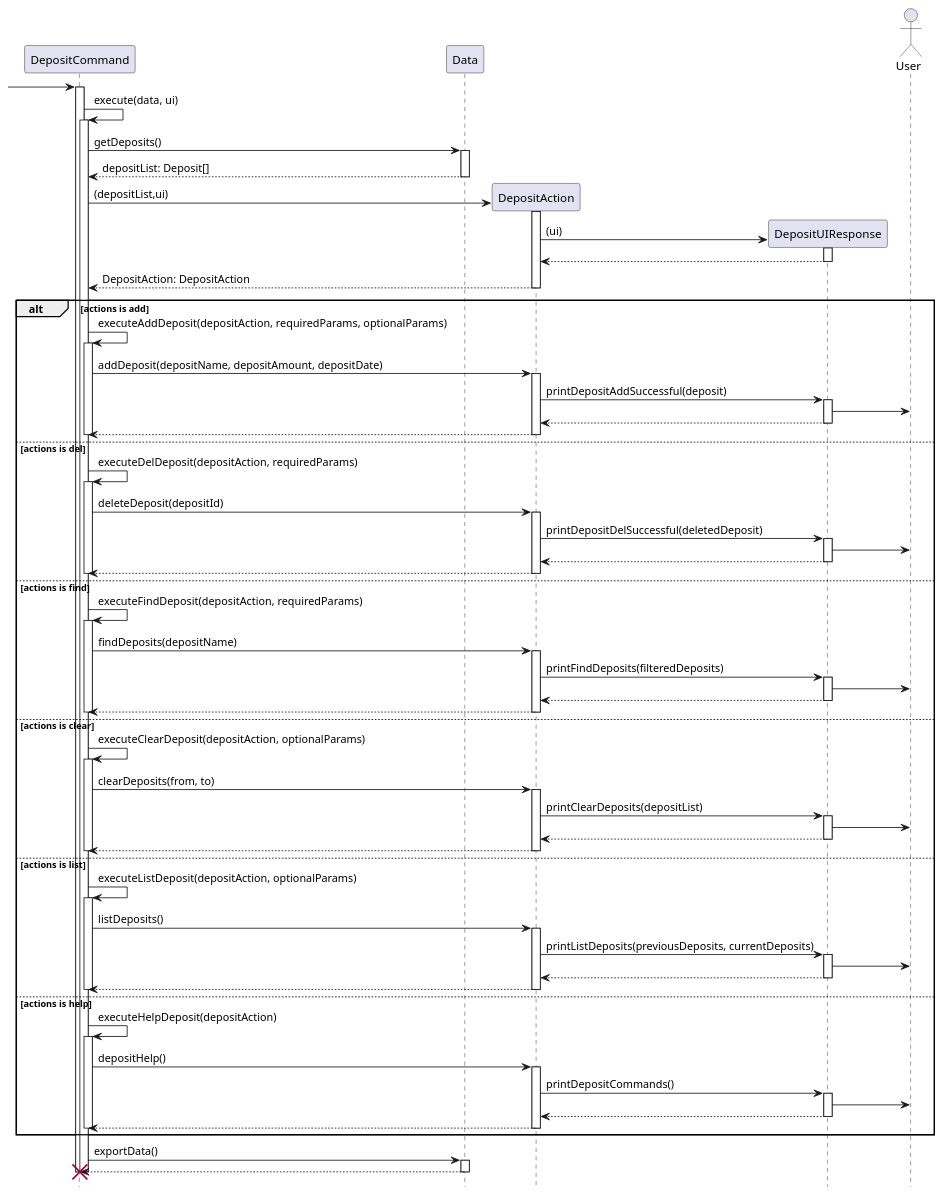
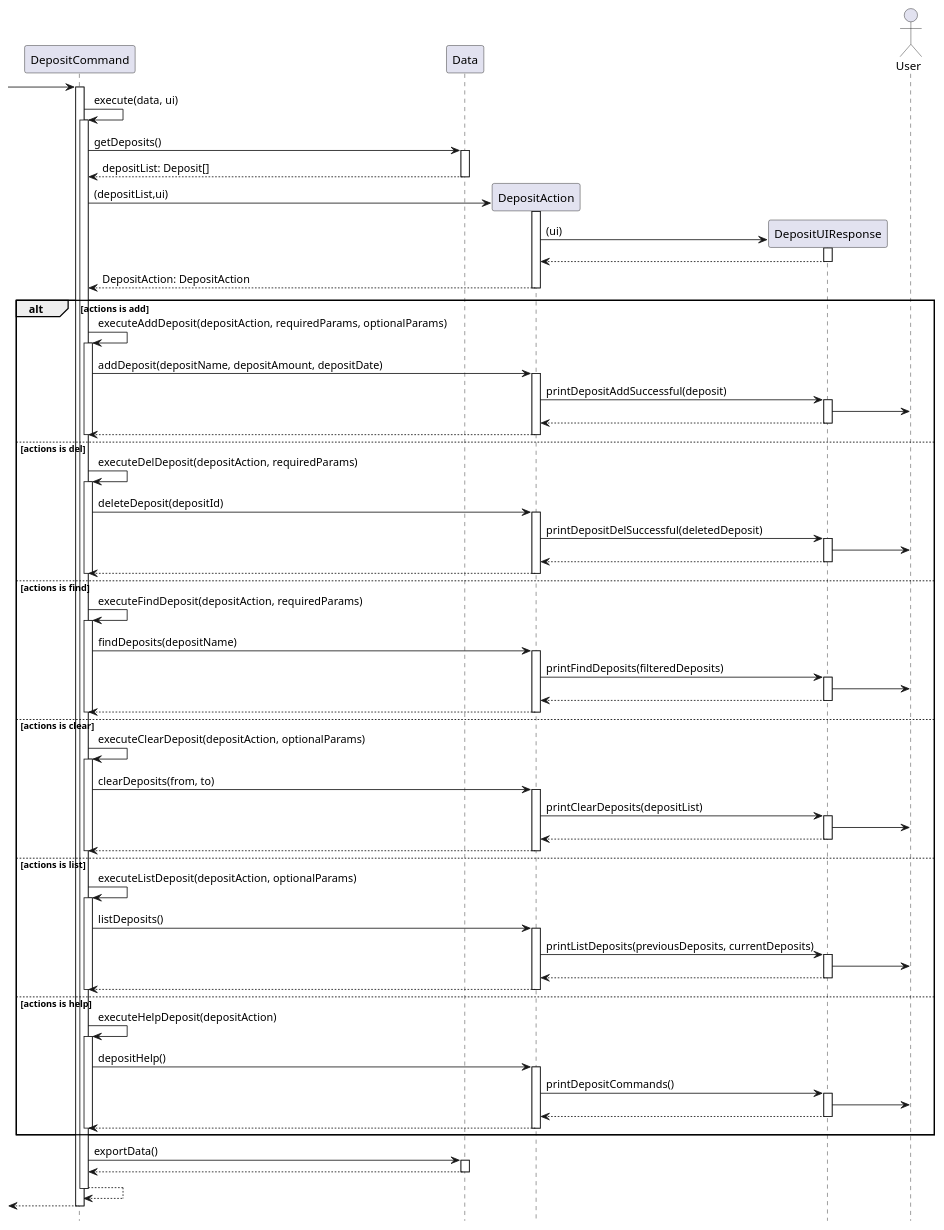
One commit to stephenkyang/tp changed the diagram in docs/diagrams/DepositCommandSequence.puml. Above: the diagram before and after it, drawn with PlantUML. The commit also changed 7 other files, not shown here.

Commit message:
fix sequence diagrams

```diff
--- a/docs/diagrams/DepositCommandSequence.puml
+++ b/docs/diagrams/DepositCommandSequence.puml
@@ -1,120 +1,123 @@
 @startuml
 
 hide footbox
 
 participant DepositCommand
 participant Data
 participant DepositAction
 participant DepositUIResponse
 actor User
 
  -> "DepositCommand":
 
 activate "DepositCommand"
 "DepositCommand" -> "DepositCommand": execute(data, ui)
 activate  "DepositCommand"
 "DepositCommand" -> "Data": getDeposits()
 activate "Data"
 return depositList: Deposit[]
 deactivate "Data"
 
 "DepositCommand" -> "DepositAction" ** : (depositList,ui)
 activate "DepositAction"
 
 "DepositAction" -> "DepositUIResponse" ** : (ui)
 activate "DepositUIResponse"
 "DepositUIResponse" --> "DepositAction"
 deactivate "DepositUIResponse"
 
 return DepositAction: DepositAction
 deactivate "DepositAction"
 
 
 alt actions is add
 "DepositCommand" -> "DepositCommand": executeAddDeposit(depositAction, requiredParams, optionalParams)
 activate "DepositCommand"
 "DepositCommand" -> "DepositAction" : addDeposit(depositName, depositAmount, depositDate)
 activate "DepositAction"
 "DepositAction" -> "DepositUIResponse" : printDepositAddSuccessful(deposit)
 activate "DepositUIResponse"
 "DepositUIResponse" -> User
 return
 return
 
 deactivate "DepositCommand"
 
 else actions is del
 "DepositCommand" -> "DepositCommand": executeDelDeposit(depositAction, requiredParams)
 activate "DepositCommand"
 "DepositCommand" -> "DepositAction" : deleteDeposit(depositId)
 activate "DepositAction"
 "DepositAction" -> "DepositUIResponse" : printDepositDelSuccessful(deletedDeposit)
 activate "DepositUIResponse"
 "DepositUIResponse" -> User
 return
 return
 
 deactivate "DepositCommand"
 
 else actions is find
 "DepositCommand" -> "DepositCommand": executeFindDeposit(depositAction, requiredParams)
 activate "DepositCommand"
 "DepositCommand" -> "DepositAction" : findDeposits(depositName)
 activate "DepositAction"
 "DepositAction" -> "DepositUIResponse" : printFindDeposits(filteredDeposits)
 activate "DepositUIResponse"
 "DepositUIResponse" -> User
 return
 return
 
 deactivate "DepositCommand"
 
 else actions is clear
 "DepositCommand" -> "DepositCommand": executeClearDeposit(depositAction, optionalParams)
 activate "DepositCommand"
 "DepositCommand" -> "DepositAction" : clearDeposits(from, to)
 activate "DepositAction"
 "DepositAction" -> "DepositUIResponse" : printClearDeposits(depositList)
 activate "DepositUIResponse"
 "DepositUIResponse" -> User
 return
 return
 
 deactivate "DepositCommand"
 
 else actions is list
 "DepositCommand" -> "DepositCommand": executeListDeposit(depositAction, optionalParams)
 activate "DepositCommand"
 "DepositCommand" -> "DepositAction" : listDeposits()
 activate "DepositAction"
 "DepositAction" -> "DepositUIResponse" : printListDeposits(previousDeposits, currentDeposits)
 activate "DepositUIResponse"
 "DepositUIResponse" -> User
 return
 return
 
 deactivate "DepositCommand"
 
 else actions is help
 "DepositCommand" -> "DepositCommand": executeHelpDeposit(depositAction)
 activate "DepositCommand"
 "DepositCommand" -> "DepositAction" : depositHelp()
 activate "DepositAction"
 "DepositAction" -> "DepositUIResponse" : printDepositCommands()
 activate "DepositUIResponse"
 "DepositUIResponse" -> User
 return
 return
 
 deactivate "DepositCommand"
 end
 
 "DepositCommand" -> "Data": exportData()
 activate "Data"
 return
 deactivate "Data"
 
-destroy "DepositCommand"
+"DepositCommand" --> "DepositCommand"
+deactivate "DepositCommand"
+
+<-- "DepositCommand"
 deactivate "DepositCommand"
 
 @enduml
```
